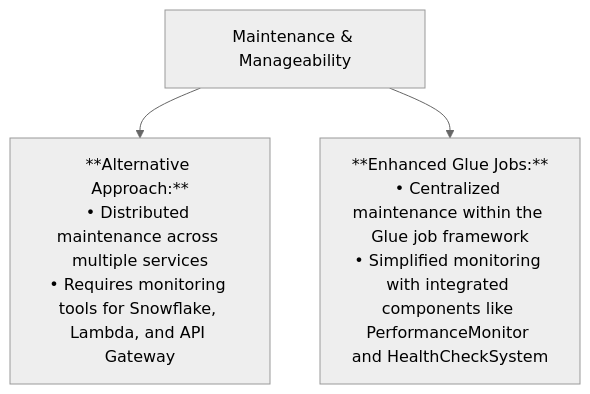
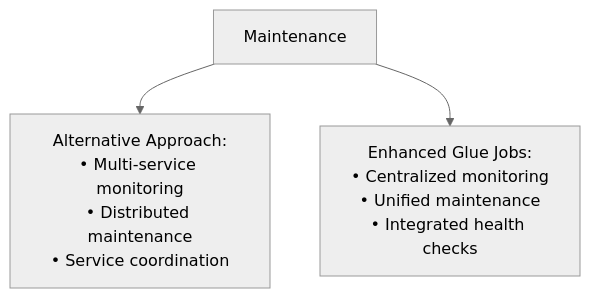
One commit to veronelazio/wezterm changed the tenth of 17 diagrams in mermaid.md. Above: the diagram before and after it, drawn with Mermaid (neutral theme). The commit also changed other lines of this file, not shown here.

````diff
--- a/mermaid.md
+++ b/mermaid.md
@@ -131,8 +103,5 @@
-``` mermaid
+```mermaid
 flowchart TD
-    %% Maintenance & Manageability
-    H1["Maintenance & Manageability"]
-    H1 --> H2["**Alternative Approach:**<br>• Distributed maintenance across multiple services<br>• Requires monitoring tools for Snowflake, Lambda, and API Gateway"]
-    H1 --> H3["**Enhanced Glue Jobs:**<br>• Centralized maintenance within the Glue job framework<br>• Simplified monitoring with integrated components like PerformanceMonitor and HealthCheckSystem"]
-
+    H1["Maintenance"] --> H2["Alternative Approach:<br/>• Multi-service monitoring<br/>• Distributed maintenance<br/>• Service coordination"]
+    H1 --> H3["Enhanced Glue Jobs:<br/>• Centralized monitoring<br/>• Unified maintenance<br/>• Integrated health checks"]
 ```
````
